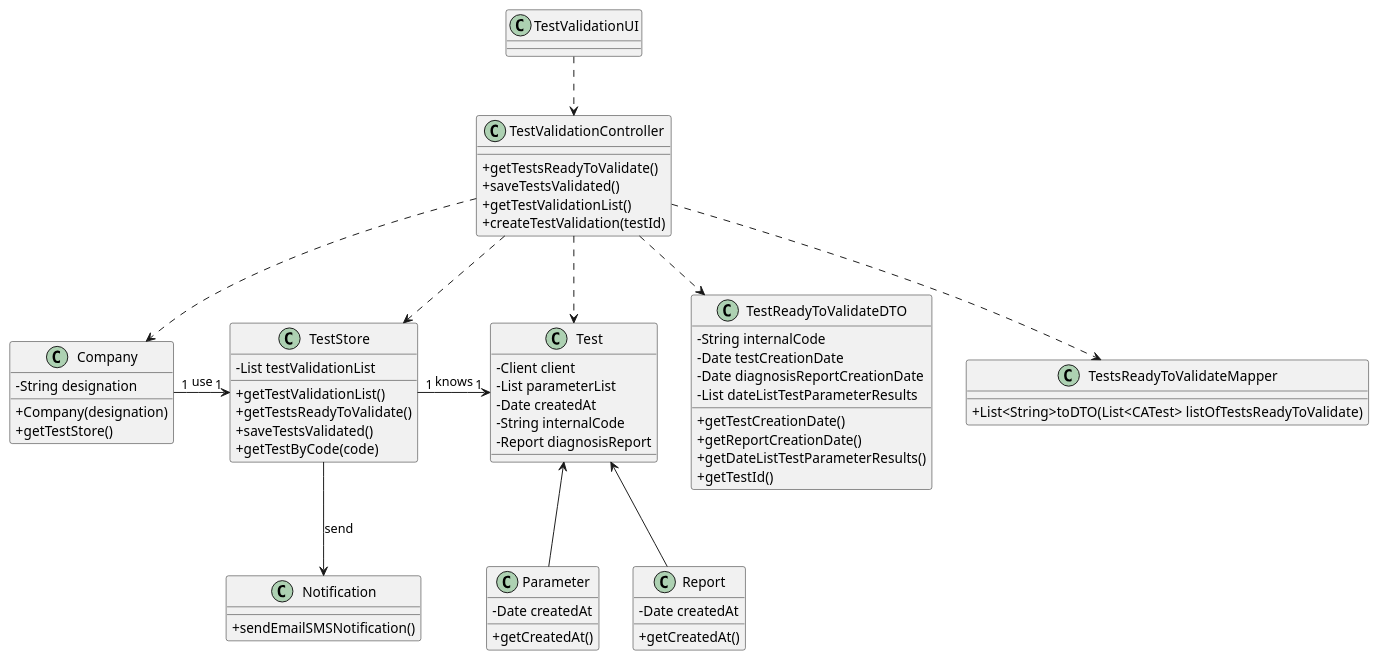
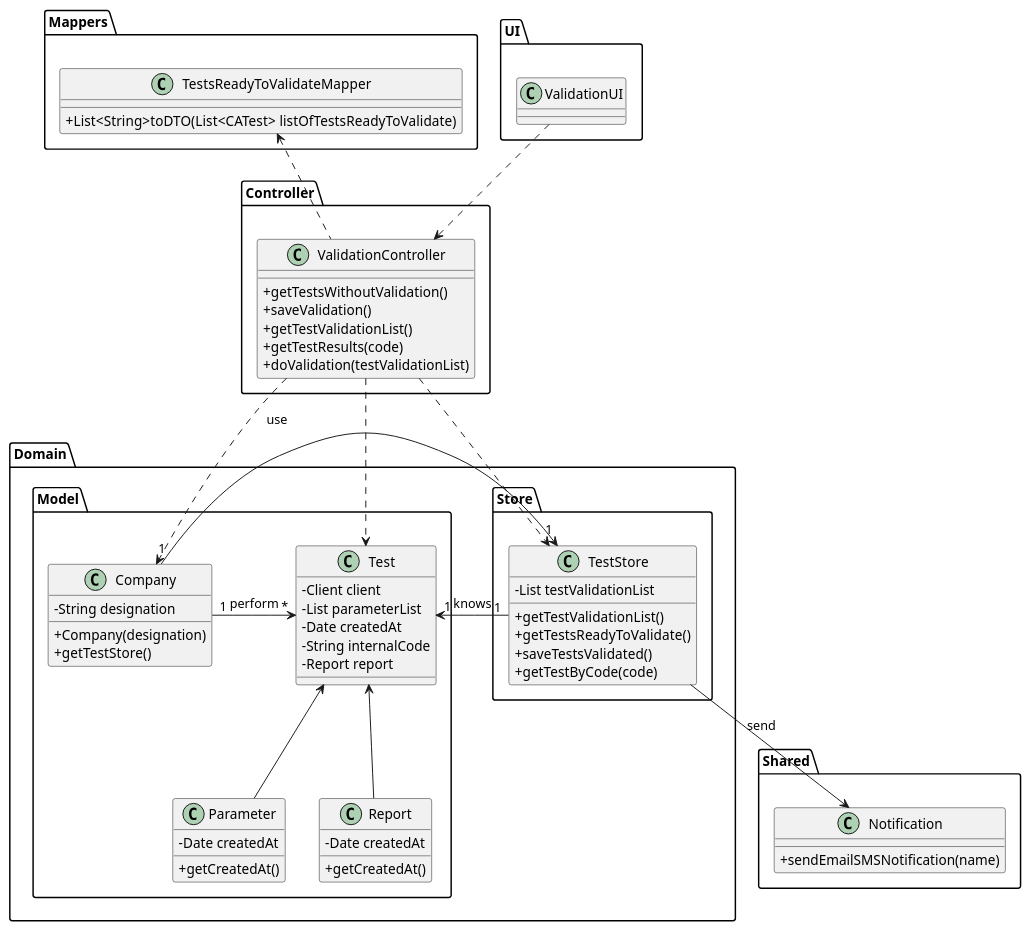
One commit to GuilhermeCunha79/lapr2 changed the diagram in docs/SprintC/US15/UC15_CD.puml. Above: the diagram before and after it, drawn with PlantUML.

Commit message:
Finalization US15 [US-15] [Testing]

```diff
--- a/docs/SprintC/US15/UC15_CD.puml
+++ b/docs/SprintC/US15/UC15_CD.puml
@@ -1,82 +1,82 @@
 @startuml
 skinparam classAttributeIconSize 0
-
+package Controller {
+class ValidationController {
+  + getTestsWithoutValidation()
+  + saveValidation()
+  + getTestValidationList()
+  +getTestResults(code)
+  +doValidation(testValidationList)
+}
+}
+package Mappers {
+class TestsReadyToValidateMapper {
+  + List<String>toDTO(List<CATest> listOfTestsReadyToValidate)
+}
+}
+package Domain {
+package Model {
 class Test {
   - Client client
   - List parameterList
   - Date createdAt
   - String internalCode
-  - Report diagnosisReport
+  - Report report
 }
 
 class Company {
   - String designation
   + Company(designation)
   + getTestStore()
 }
+class Parameter{
+- Date createdAt
+  + getCreatedAt()
+}
+class Report {
+  - Date createdAt
+  + getCreatedAt()
+}
 
-
+}
+package Store {
 class TestStore {
     - List testValidationList
     + getTestValidationList()
     + getTestsReadyToValidate()
     + saveTestsValidated()
     + getTestByCode(code)
 }
-
-class Parameter{
-- Date createdAt
-  + getCreatedAt()
 }
 
-class TestValidationController {
-  + getTestsReadyToValidate()
-  + saveTestsValidated()
-  + getTestValidationList()
-  + createTestValidation(testId)
+}
+package Shared {
+class Notification {
+   + sendEmailSMSNotification(name)
+ }
+ }
+package UI {
+class ValidationUI{
+}
 }
 
 
-class Report {
-  - Date createdAt
-  + getCreatedAt()
-}
 
 
-class Notification {
-  + sendEmailSMSNotification()
-}
+ValidationUI ..> ValidationController
 
-class TestReadyToValidateDTO {
-  -  String internalCode
-  - Date testCreationDate
-  - Date diagnosisReportCreationDate
-  - List dateListTestParameterResults
-  + getTestCreationDate()
-  + getReportCreationDate()
-  + getDateListTestParameterResults()
-  + getTestId()
-}
-
-class TestsReadyToValidateMapper {
-  + List<String>toDTO(List<CATest> listOfTestsReadyToValidate)
-}
-
-TestValidationUI ..> TestValidationController
-
-TestValidationController ..> TestStore
-TestValidationController ..> Company
-TestValidationController ..> TestReadyToValidateDTO
-TestValidationController ..> TestsReadyToValidateMapper
-TestValidationController ..> Test
-
+ValidationController ..> TestStore
+ValidationController ..> Company
+ValidationController .up.> TestsReadyToValidateMapper
+ValidationController ..> Test
+Company "1" -> "*"Test :perform
 Company "1" -> "1" TestStore : use
 
 TestStore "1" -> "1" Test : knows
 
 Test <-- Report
 Test <-- Parameter
 
 TestStore --> Notification : send
 
 @enduml
```
